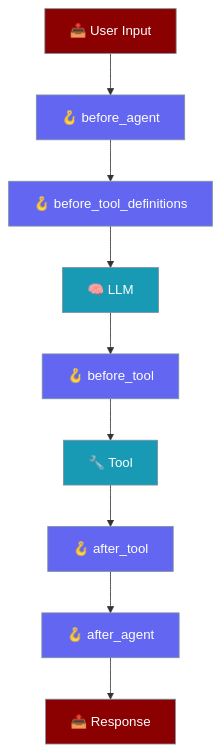
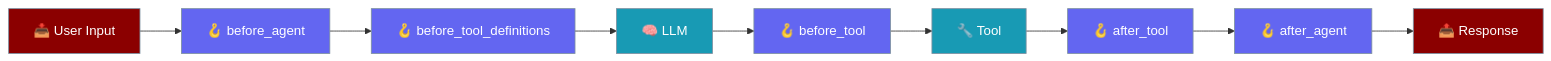
The third of 4 diagrams in docs/features/plugins.mdx (MervinPraison/PraisonAIDocs), drawn with Mermaid before and after one commit. The commit also changed other lines of this file and 9 other files, not shown here.

````diff
--- a/docs/features/plugins.mdx
+++ b/docs/features/plugins.mdx
@@ -108,19 +120,19 @@
 ```mermaid
-flowchart TB
+graph LR
     INPUT["📥 User Input"] --> BA["🪝 before_agent"]
     BA --> BTD["🪝 before_tool_definitions"]
     BTD --> LLM["🧠 LLM"]
     LLM --> BT["🪝 before_tool"]
     BT --> TOOL["🔧 Tool"]
     TOOL --> AT["🪝 after_tool"]
     AT --> AA["🪝 after_agent"]
     AA --> OUTPUT["📤 Response"]
 
-    classDef agent fill:#8B0000,stroke:#7C90A0,color:#fff
+    classDef input fill:#8B0000,stroke:#7C90A0,color:#fff
     classDef hook fill:#6366F1,stroke:#7C90A0,color:#fff
-    classDef tool fill:#189AB4,stroke:#7C90A0,color:#fff
+    classDef process fill:#189AB4,stroke:#7C90A0,color:#fff
 
-    class INPUT,OUTPUT agent
+    class INPUT,OUTPUT input
     class BA,BTD,BT,AT,AA hook
-    class TOOL,LLM tool
+    class TOOL,LLM process
 ```
````
